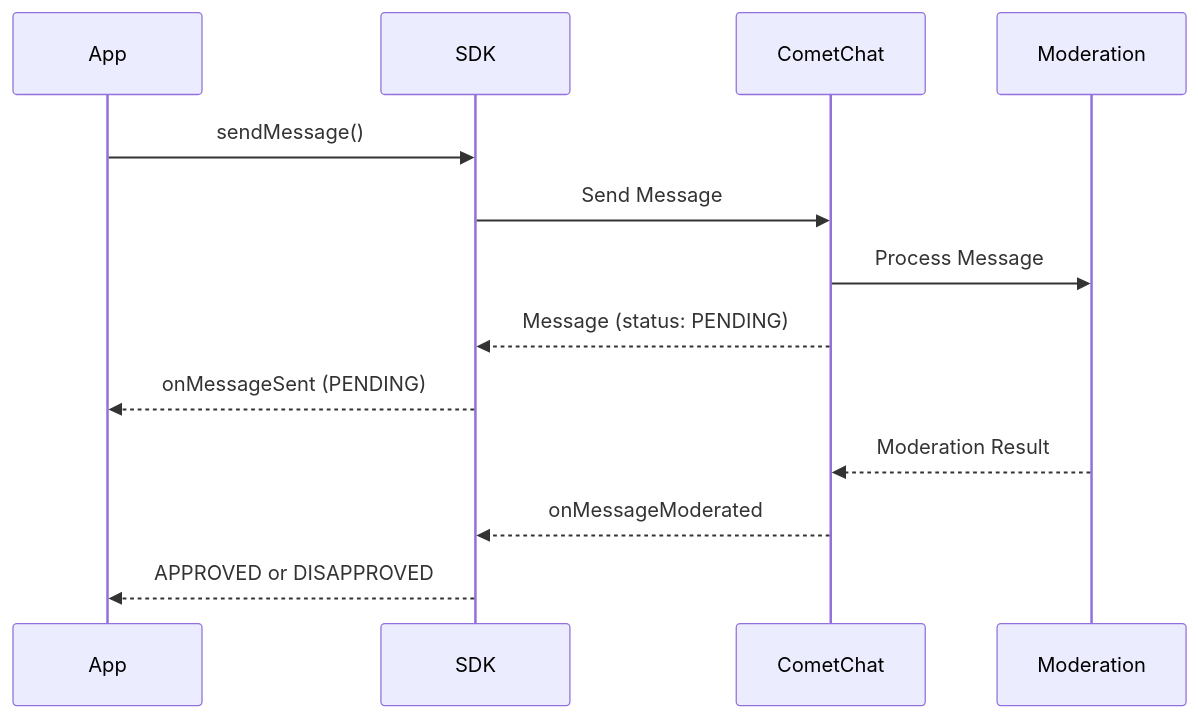
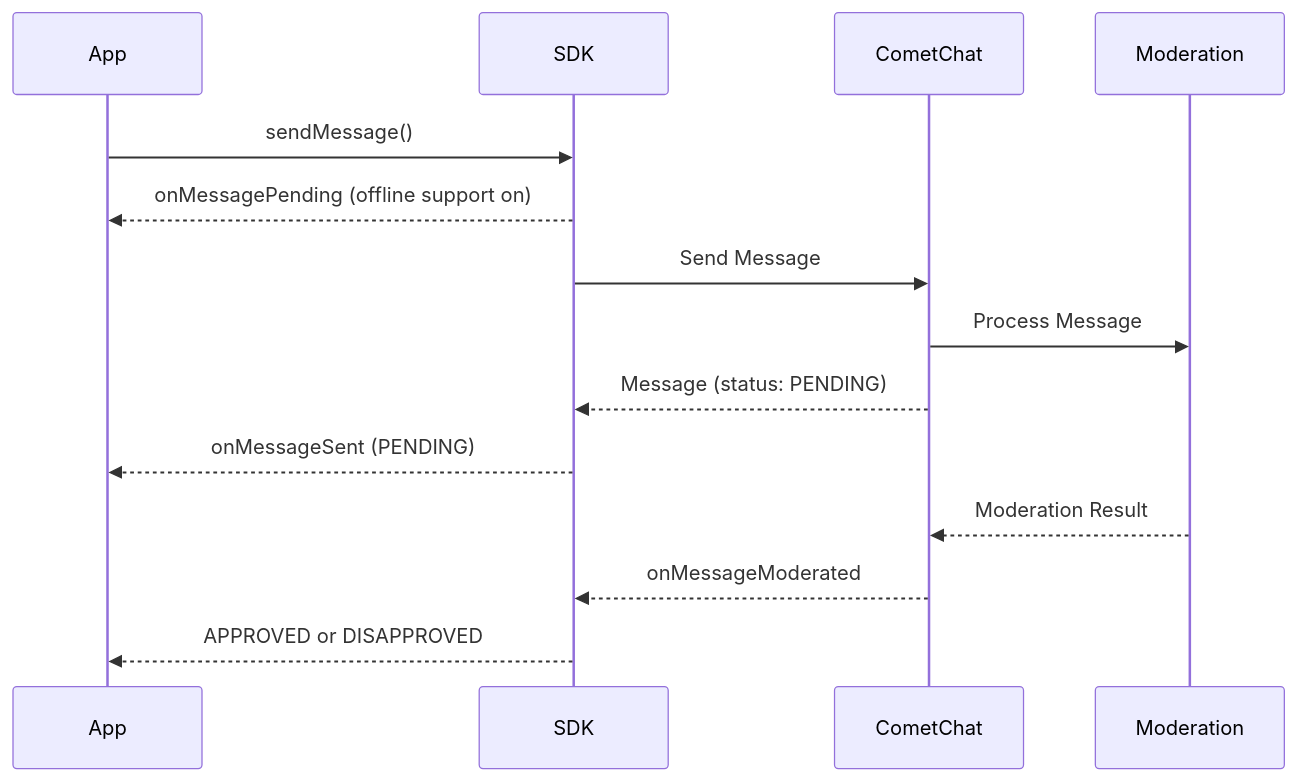
Before and after one commit to cometchat/docs: the diagram in sdk/android/v5/ai-moderation.mdx, drawn with Mermaid. The commit also changed other lines of this file, not shown here.

Commit message:
docs(android-v5): AI moderation — onMessagePending in the flow, onError can mean queued

````diff
--- a/sdk/android/v5/ai-moderation.mdx
+++ b/sdk/android/v5/ai-moderation.mdx
@@ -26,16 +26,17 @@
 ```mermaid
 sequenceDiagram
     participant App
     participant SDK
     participant CometChat
     participant Moderation
 
     App->>SDK: sendMessage()
+    SDK-->>App: onMessagePending (offline support on)
     SDK->>CometChat: Send Message
     CometChat->>Moderation: Process Message
     CometChat-->>SDK: Message (status: PENDING)
     SDK-->>App: onMessageSent (PENDING)
     Moderation-->>CometChat: Moderation Result
     CometChat-->>SDK: onMessageModerated
     SDK-->>App: APPROVED or DISAPPROVED
 ```
````
